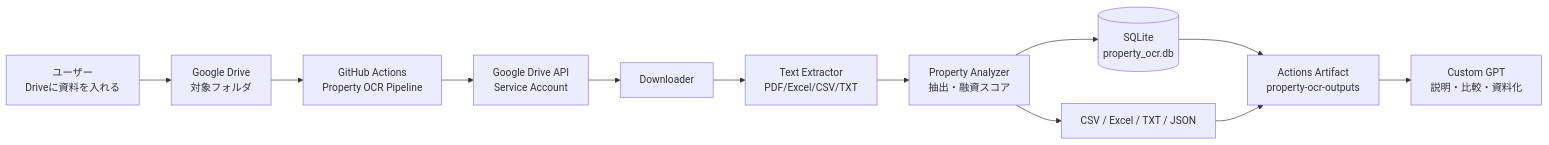
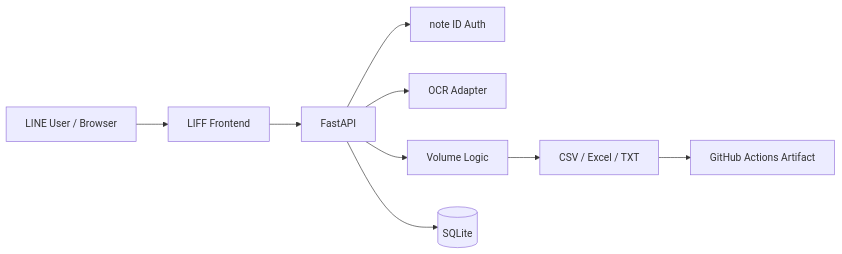
Before and after one commit to univcorp2-ctrl/public-drive-property-ocr-cloud: the first of 2 diagrams in docs/architecture.md, drawn with Mermaid. The commit also changed other lines of this file, not shown here.

Commit message:
Build LIFF-style property volume OCR clone

````diff
--- a/docs/architecture.md
+++ b/docs/architecture.md
@@ -7,14 +13,11 @@
 ```mermaid
 flowchart LR
-    U[ユーザー\nDriveに資料を入れる] --> D[Google Drive\n対象フォルダ]
-    D --> A[GitHub Actions\nProperty OCR Pipeline]
-    A --> G[Google Drive API\nService Account]
-    G --> X[Downloader]
-    X --> T[Text Extractor\nPDF/Excel/CSV/TXT]
-    T --> P[Property Analyzer\n抽出・融資スコア]
-    P --> S[(SQLite\nproperty_ocr.db)]
-    P --> O[CSV / Excel / TXT / JSON]
-    S --> R[Actions Artifact\nproperty-ocr-outputs]
-    O --> R
-    R --> C[Custom GPT\n説明・比較・資料化]
+  U[LINE User / Browser] --> L[LIFF Frontend]
+  L --> A[FastAPI]
+  A --> N[note ID Auth]
+  A --> O[OCR Adapter]
+  A --> V[Volume Logic]
+  A --> D[(SQLite)]
+  V --> E[CSV / Excel / TXT]
+  E --> G[GitHub Actions Artifact]
 ```
````
